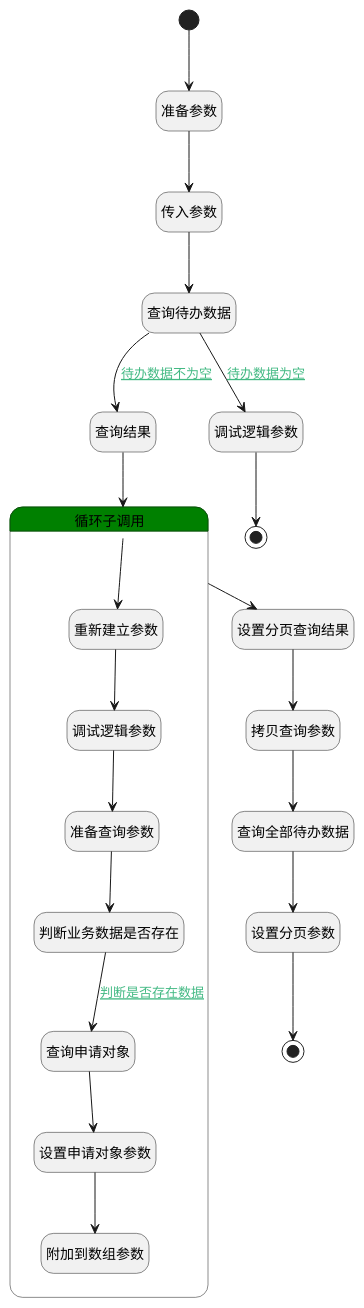
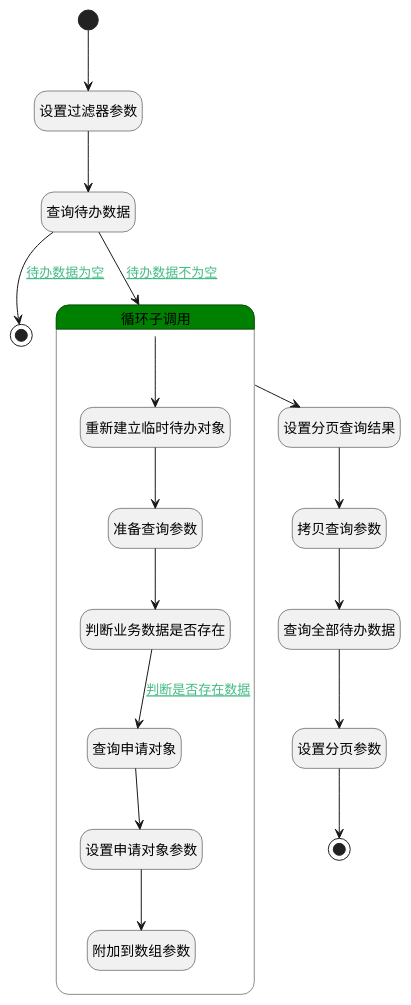
The diagram in doc/docsify/module/TestMgmt/review/logic/TodoData.md (iBizLab/plm), drawn with PlantUML before and after one commit. The commit also changed other lines of this file and 1778 other files, not shown here.

````diff
--- a/doc/docsify/module/TestMgmt/review/logic/TodoData.md
+++ b/doc/docsify/module/TestMgmt/review/logic/TodoData.md
@@ -7,56 +7,48 @@
 ```plantuml
 @startuml
 hide empty description
 <style>
 root {
   HyperlinkColor #42b983
 }
 </style>
 
 hide empty description
 state "开始" as Begin <<start>> [[$./TodoData#begin {"开始"}]]
-state "传入参数" as DEBUGPARAM3  [[$./TodoData#debugparam3 {"传入参数"}]]
+state "设置过滤器参数" as PREPAREPARAM5  [[$./TodoData#prepareparam5 {"设置过滤器参数"}]]
 state "查询待办数据" as DEDATASET1  [[$./TodoData#dedataset1 {"查询待办数据"}]]
-state "查询结果" as DEBUGPARAM4  [[$./TodoData#debugparam4 {"查询结果"}]]
-state "准备参数" as PREPAREPARAM5  [[$./TodoData#prepareparam5 {"准备参数"}]]
 state "设置分页查询结果" as BINDPARAM1  [[$./TodoData#bindparam1 {"设置分页查询结果"}]]
-state "调试逻辑参数" as DEBUGPARAM2  [[$./TodoData#debugparam2 {"调试逻辑参数"}]]
+state "结束" as END1 <<end>> [[$./TodoData#end1 {"结束"}]]
 state "拷贝查询参数" as PREPAREPARAM4  [[$./TodoData#prepareparam4 {"拷贝查询参数"}]]
-state "结束" as END1 <<end>> [[$./TodoData#end1 {"结束"}]]
 state "查询全部待办数据" as DEDATASET2  [[$./TodoData#dedataset2 {"查询全部待办数据"}]]
 state "结束" as END2 <<end>> [[$./TodoData#end2 {"结束"}]]
 state "设置分页参数" as PREPAREPARAM3  [[$./TodoData#prepareparam3 {"设置分页参数"}]]
 state "循环子调用" as LOOPSUBCALL1  [[$./TodoData#loopsubcall1 {"循环子调用"}]] #green {
-state "重新建立参数" as RENEWPARAM1  [[$./TodoData#renewparam1 {"重新建立参数"}]]
-state "调试逻辑参数" as DEBUGPARAM5  [[$./TodoData#debugparam5 {"调试逻辑参数"}]]
+state "重新建立临时待办对象" as RENEWPARAM1  [[$./TodoData#renewparam1 {"重新建立临时待办对象"}]]
 state "准备查询参数" as PREPAREPARAM1  [[$./TodoData#prepareparam1 {"准备查询参数"}]]
 state "判断业务数据是否存在" as DEACTION2  [[$./TodoData#deaction2 {"判断业务数据是否存在"}]]
 state "查询申请对象" as DEACTION1  [[$./TodoData#deaction1 {"查询申请对象"}]]
 state "设置申请对象参数" as PREPAREPARAM2  [[$./TodoData#prepareparam2 {"设置申请对象参数"}]]
 state "附加到数组参数" as APPENDPARAM1  [[$./TodoData#appendparam1 {"附加到数组参数"}]]
 }
 
 
 Begin --> PREPAREPARAM5
-PREPAREPARAM5 --> DEBUGPARAM3
-DEBUGPARAM3 --> DEDATASET1
-DEDATASET1 --> DEBUGPARAM2 : [[$./TodoData#dedataset1-debugparam2{待办数据为空} 待办数据为空]]
-DEBUGPARAM2 --> END1
-DEDATASET1 --> DEBUGPARAM4 : [[$./TodoData#dedataset1-debugparam4{待办数据不为空} 待办数据不为空]]
-DEBUGPARAM4 --> LOOPSUBCALL1
+PREPAREPARAM5 --> DEDATASET1
+DEDATASET1 --> END1 : [[$./TodoData#dedataset1-end1{待办数据为空} 待办数据为空]]
+DEDATASET1 --> LOOPSUBCALL1 : [[$./TodoData#dedataset1-loopsubcall1{待办数据不为空} 待办数据不为空]]
 LOOPSUBCALL1 --> RENEWPARAM1
-RENEWPARAM1 --> DEBUGPARAM5
-DEBUGPARAM5 --> PREPAREPARAM1
+RENEWPARAM1 --> PREPAREPARAM1
 PREPAREPARAM1 --> DEACTION2
 DEACTION2 --> DEACTION1 : [[$./TodoData#deaction2-deaction1{判断是否存在数据} 判断是否存在数据]]
 DEACTION1 --> PREPAREPARAM2
 PREPAREPARAM2 --> APPENDPARAM1
 LOOPSUBCALL1 --> BINDPARAM1
 BINDPARAM1 --> PREPAREPARAM4
 PREPAREPARAM4 --> DEDATASET2
 DEDATASET2 --> PREPAREPARAM3
 PREPAREPARAM3 --> END2
 
 
 @enduml
 ```
````
